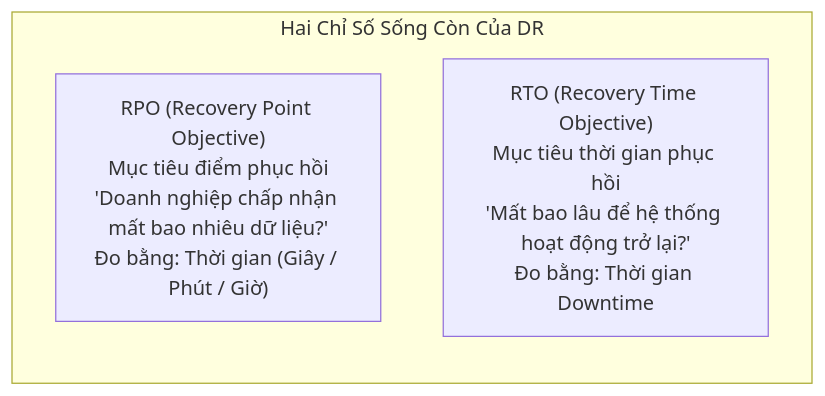
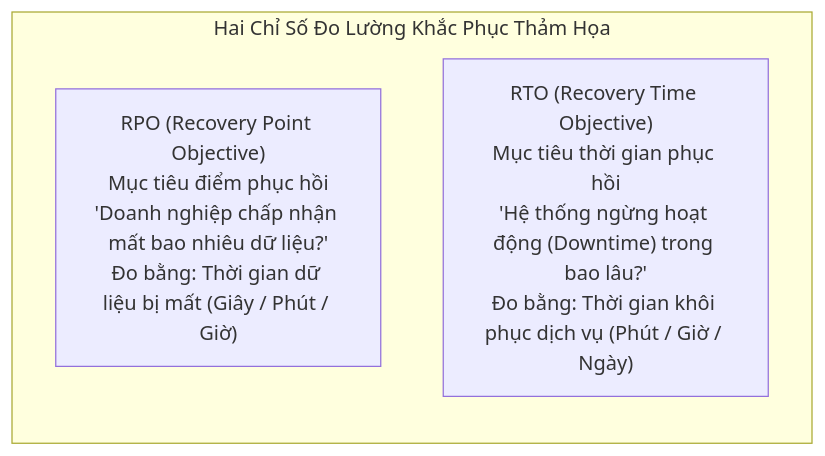
Before and after one commit to nhatphanhk/AWS_XBrain_Note: the first of 4 diagrams in AWS_Services/Disaster_Recovery_Migration.md, drawn with Mermaid. The commit also changed other lines of this file and 15 other files, not shown here.

````diff
--- a/AWS_Services/Disaster_Recovery_Migration.md
+++ b/AWS_Services/Disaster_Recovery_Migration.md
@@ -22,8 +25,8 @@
 ```mermaid
 flowchart LR
-    subgraph Metrics[Hai Chỉ Số Sống Còn Của DR]
+    subgraph DR_Metrics[Hai Chỉ Số Đo Lường Khắc Phục Thảm Họa]
         direction TB
-        RPO["RPO (Recovery Point Objective)\nMục tiêu điểm phục hồi\n'Doanh nghiệp chấp nhận mất bao nhiêu dữ liệu?'\nĐo bằng: Thời gian (Giây / Phút / Giờ)"]
-        RTO["RTO (Recovery Time Objective)\nMục tiêu thời gian phục hồi\n'Mất bao lâu để hệ thống hoạt động trở lại?'\nĐo bằng: Thời gian Downtime"]
+        RPO["RPO (Recovery Point Objective)\nMục tiêu điểm phục hồi\n'Doanh nghiệp chấp nhận mất bao nhiêu dữ liệu?'\nĐo bằng: Thời gian dữ liệu bị mất (Giây / Phút / Giờ)"]
+        RTO["RTO (Recovery Time Objective)\nMục tiêu thời gian phục hồi\n'Hệ thống ngừng hoạt động (Downtime) trong bao lâu?'\nĐo bằng: Thời gian khôi phục dịch vụ (Phút / Giờ / Ngày)"]
     end
 ```
````
